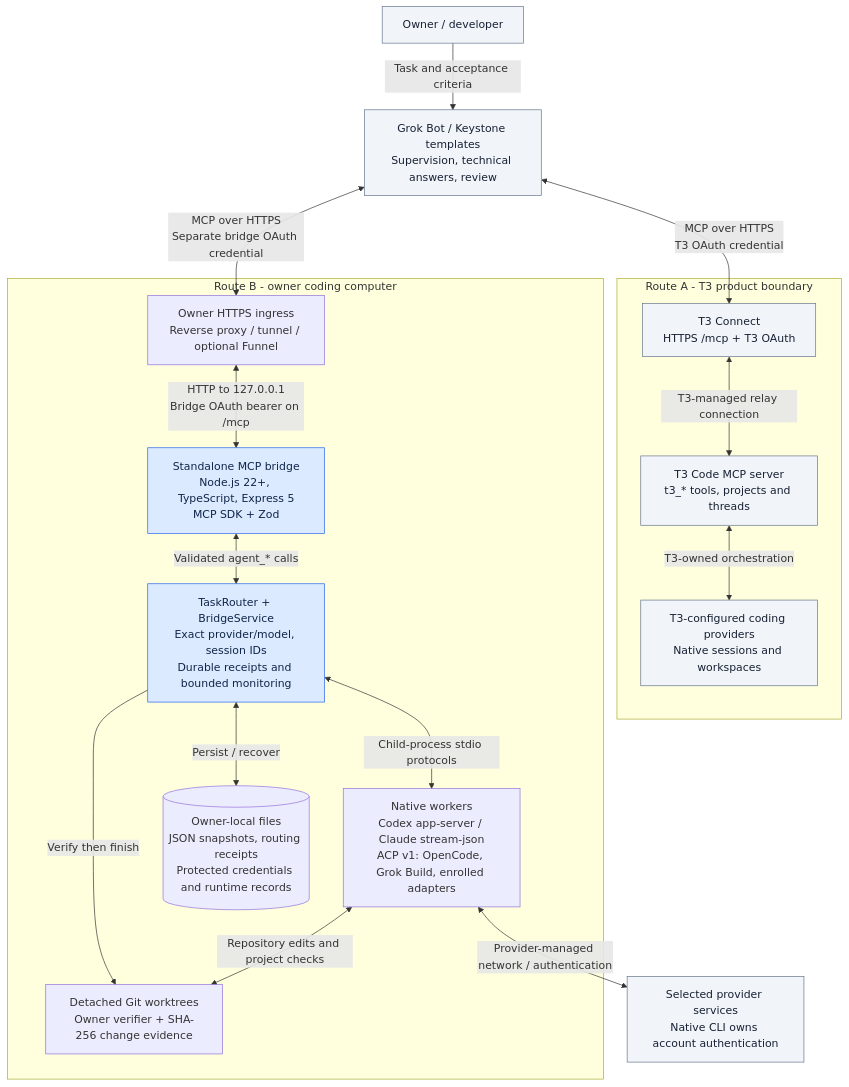
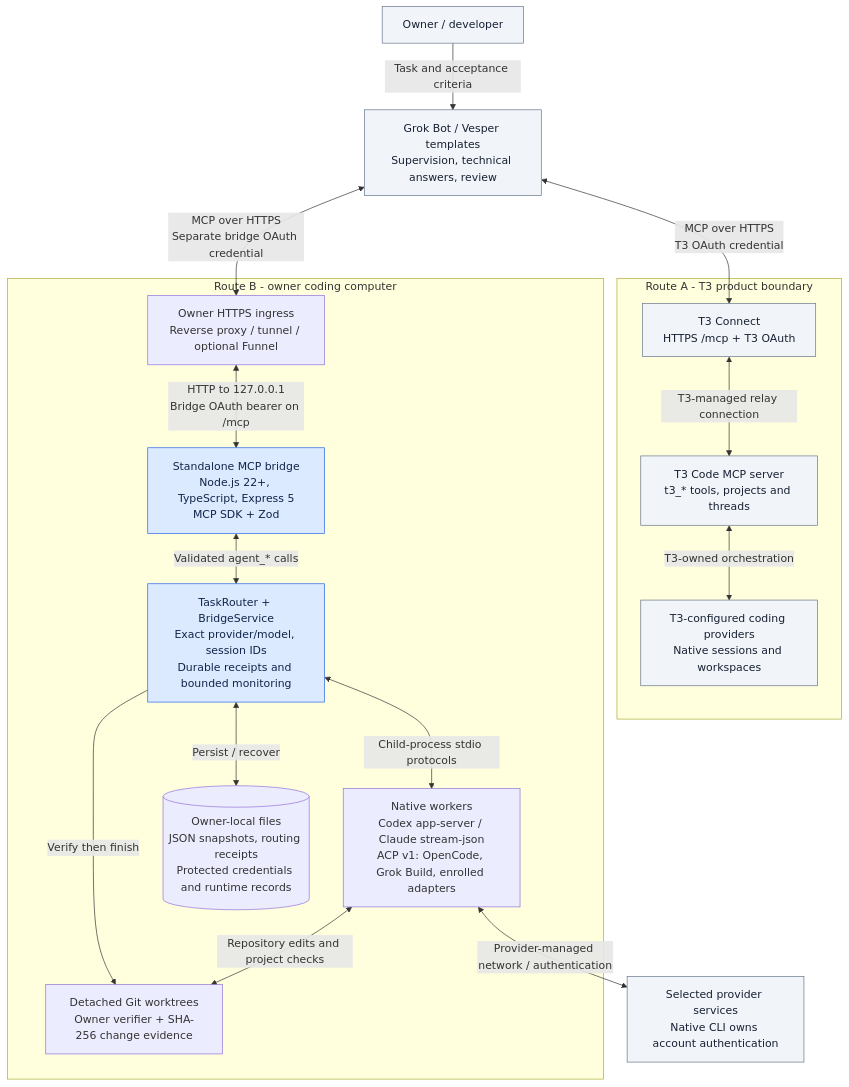
One commit to Vedant817/vesper-grok-bot-bridge changed the diagram in docs/diagrams/01-system-overview.mmd. Above: the diagram before and after it, drawn with Mermaid. The commit also changed 18 other files, not shown here.

Commit message:
docs: rebrand as Vesper Grok Bot Bridge

```diff
--- a/docs/diagrams/01-system-overview.mmd
+++ b/docs/diagrams/01-system-overview.mmd
@@ -1,32 +1,32 @@
 flowchart TB
   Owner["Owner / developer"]
-  Bot["Grok Bot / Keystone templates<br/>Supervision, technical answers, review"]
+  Bot["Grok Bot / Vesper templates<br/>Supervision, technical answers, review"]
   Owner -->|"Task and acceptance criteria"| Bot
   subgraph T3Route["Route A - T3 product boundary"]
     Relay["T3 Connect<br/>HTTPS /mcp + T3 OAuth"]
     T3["T3 Code MCP server<br/>t3_* tools, projects and threads"]
     T3Workers["T3-configured coding providers<br/>Native sessions and workspaces"]
     Relay <-->|"T3-managed relay connection"| T3
     T3 <-->|"T3-owned orchestration"| T3Workers
   end
   subgraph CLIRoute["Route B - owner coding computer"]
     Gateway["Owner HTTPS ingress<br/>Reverse proxy / tunnel / optional Funnel"]
     Bridge["Standalone MCP bridge<br/>Node.js 22+, TypeScript, Express 5<br/>MCP SDK + Zod"]
     Router["TaskRouter + BridgeService<br/>Exact provider/model, session IDs<br/>Durable receipts and bounded monitoring"]
     Native["Native workers<br/>Codex app-server / Claude stream-json<br/>ACP v1: OpenCode, Grok Build, enrolled adapters"]
     Work["Detached Git worktrees<br/>Owner verifier + SHA-256 change evidence"]
     State[("Owner-local files<br/>JSON snapshots, routing receipts<br/>Protected credentials and runtime records")]
     Gateway <-->|"HTTP to 127.0.0.1<br/>Bridge OAuth bearer on /mcp"| Bridge
     Bridge <-->|"Validated agent_* calls"| Router
     Router <-->|"Child-process stdio protocols"| Native
     Native <-->|"Repository edits and project checks"| Work
     Router <-->|"Persist / recover"| State
     Router -->|"Verify then finish"| Work
   end
   Bot <-->|"MCP over HTTPS<br/>T3 OAuth credential"| Relay
   Bot <-->|"MCP over HTTPS<br/>Separate bridge OAuth credential"| Gateway
   Native <-->|"Provider-managed network / authentication"| APIs["Selected provider services<br/>Native CLI owns account authentication"]
   classDef core fill:#dbeafe,stroke:#2563eb,color:#10254a
   classDef external fill:#f1f5f9,stroke:#64748b,color:#172033
   class Bridge,Router core
   class Owner,Bot,APIs,Relay,T3,T3Workers external
```
